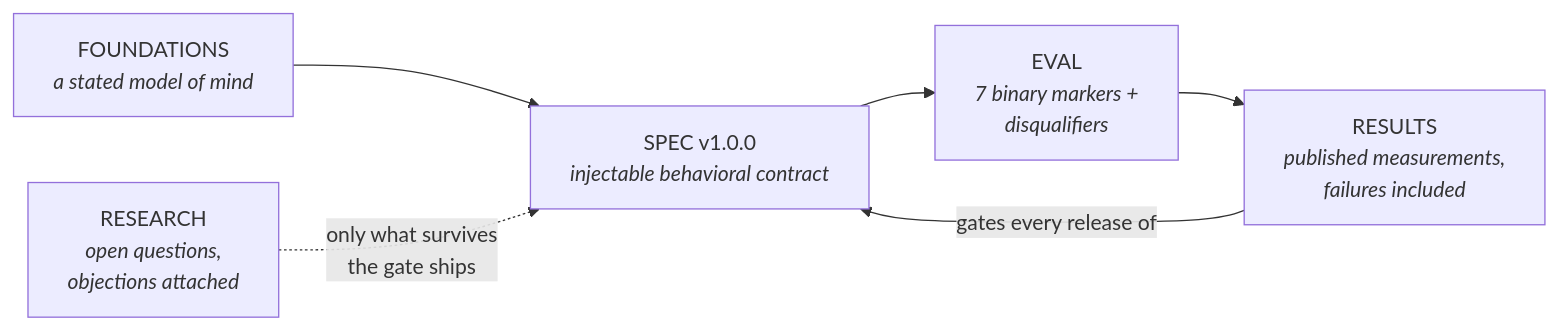
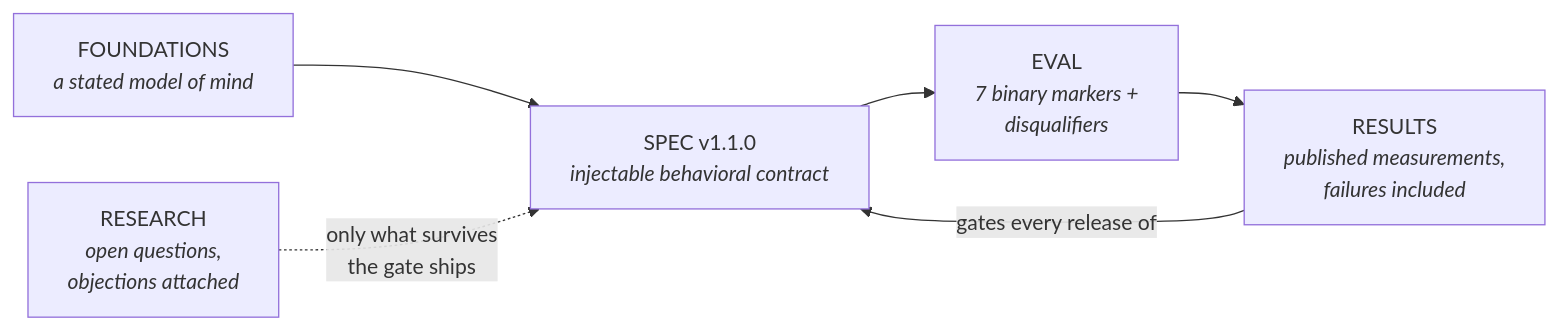
The diagram in README.md (aigenesissuite/consciousness-os), drawn with Mermaid before and after one commit. The commit also changed other lines of this file and 3 other files, not shown here.

````diff
--- a/README.md
+++ b/README.md
@@ -19,8 +19,8 @@
 ```mermaid
 flowchart LR
-    F["FOUNDATIONS<br/><i>a stated model of mind</i>"] --> S["SPEC v1.0.0<br/><i>injectable behavioral contract</i>"]
+    F["FOUNDATIONS<br/><i>a stated model of mind</i>"] --> S["SPEC v1.1.0<br/><i>injectable behavioral contract</i>"]
     S --> E["EVAL<br/><i>7 binary markers +<br/>disqualifiers</i>"]
     E --> R["RESULTS<br/><i>published measurements,<br/>failures included</i>"]
     R -->|"gates every release of"| S
     Q["RESEARCH<br/><i>open questions,<br/>objections attached</i>"] -.->|"only what survives<br/>the gate ships"| S
 ```
````
